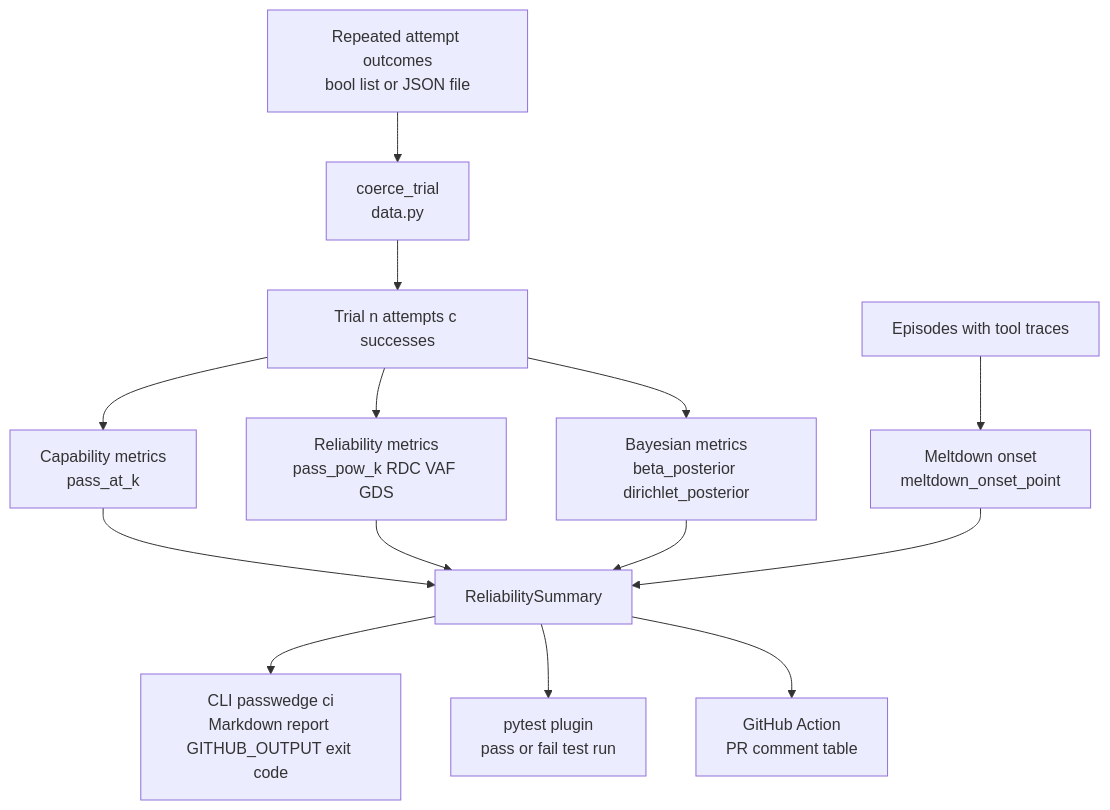
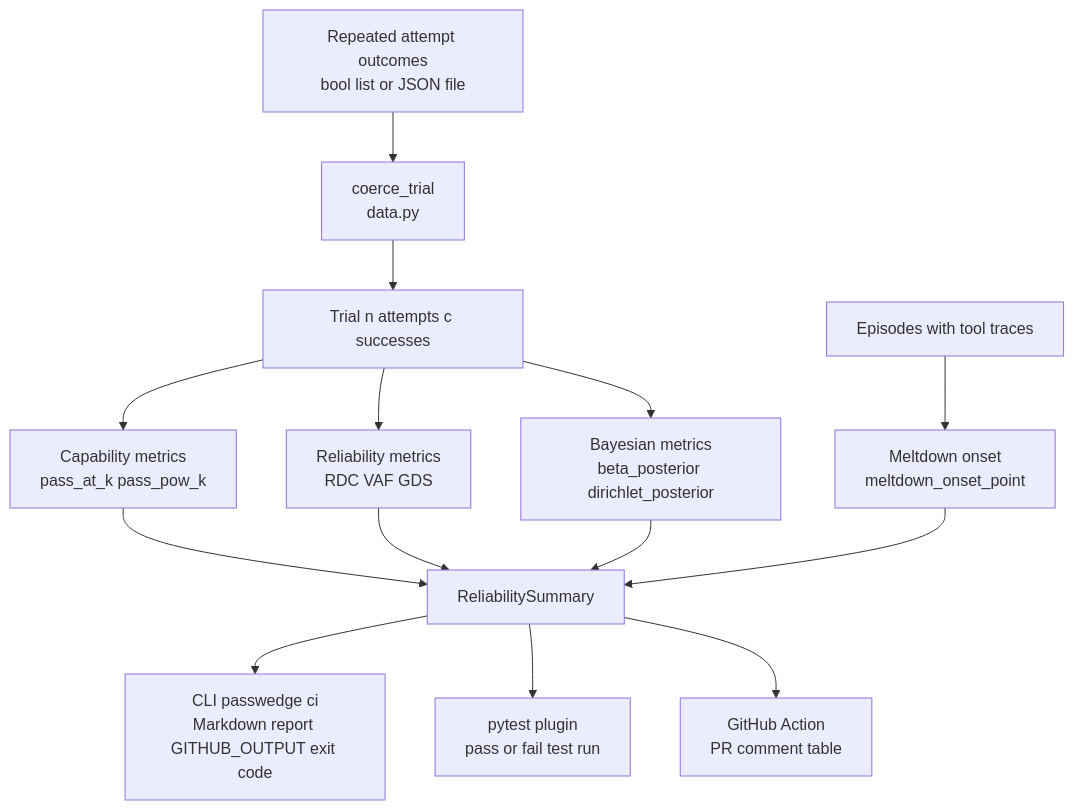
One commit to hinanohart/passwedge changed the diagram in README.md. Above: the diagram before and after it, drawn with Mermaid.

Commit message:
docs: QA fix (rendering/content)

````diff
--- a/README.md
+++ b/README.md
@@ -22,16 +22,16 @@
 ```mermaid
 flowchart TD
     Input[Repeated attempt outcomes<br>bool list or JSON file] --> Coerce[coerce_trial<br>data.py]
     Coerce --> Trial[Trial n attempts c successes]
-    Trial --> Cap[Capability metrics<br>pass_at_k]
-    Trial --> Rel[Reliability metrics<br>pass_pow_k RDC VAF GDS]
+    Trial --> Cap[Capability metrics<br>pass_at_k pass_pow_k]
+    Trial --> Rel[Reliability metrics<br>RDC VAF GDS]
     Trial --> Bayes[Bayesian metrics<br>beta_posterior dirichlet_posterior]
     Episodes[Episodes with tool traces] --> MOP[Meltdown onset<br>meltdown_onset_point]
     Cap --> Report[ReliabilitySummary]
     Rel --> Report
     Bayes --> Report
     MOP --> Report
     Report --> CLI[CLI passwedge ci<br>Markdown report GITHUB_OUTPUT exit code]
     Report --> Plugin[pytest plugin<br>pass or fail test run]
     Report --> Action[GitHub Action<br>PR comment table]
 ```
````
